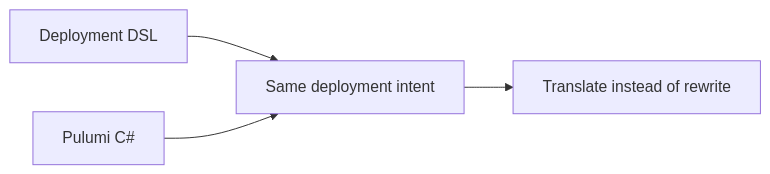
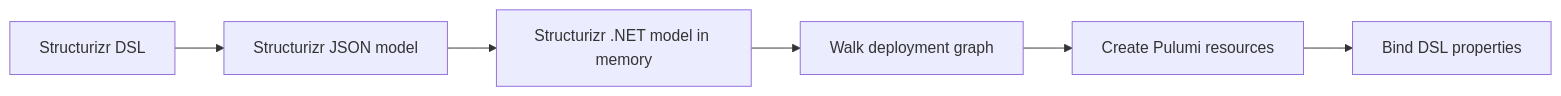
The first of 3 diagrams in slides/sections/6.engine.md (pavel-agarkov/live-arch), drawn with Mermaid before and after one commit. The commit also changed other lines of this file and 9 other files, not shown here.

````diff
--- a/slides/sections/6.engine.md
+++ b/slides/sections/6.engine.md
@@ -179,6 +179,11 @@
 ```mermaid
 flowchart LR
-    A[Deployment DSL] --> B[Same deployment intent]
-    C[Pulumi C#] --> B
-    B --> D[Translate instead of rewrite]
+    A[Structurizr DSL]
+    B[Structurizr JSON model]
+    C[Structurizr .NET model in memory]
+    D[Walk deployment graph]
+    E[Create Pulumi resources]
+    F[Bind DSL properties]
+
+    A --> B --> C --> D --> E --> F
 ```
````
